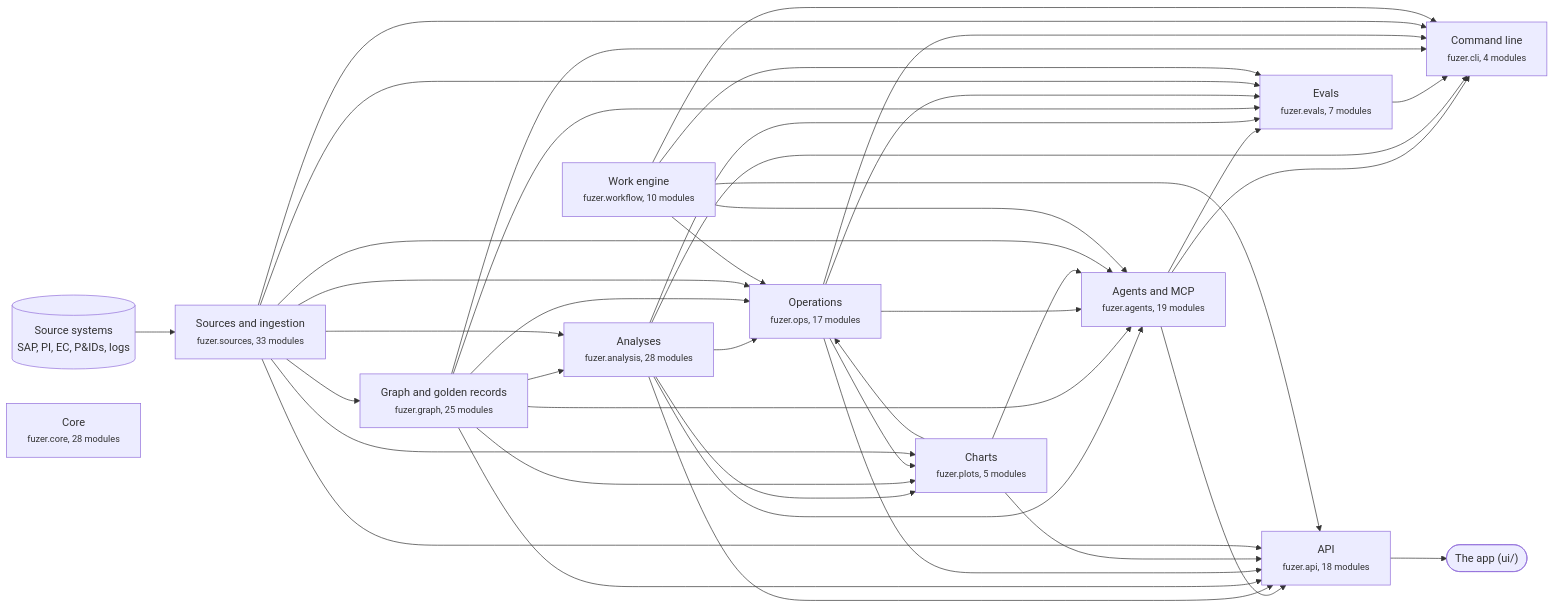
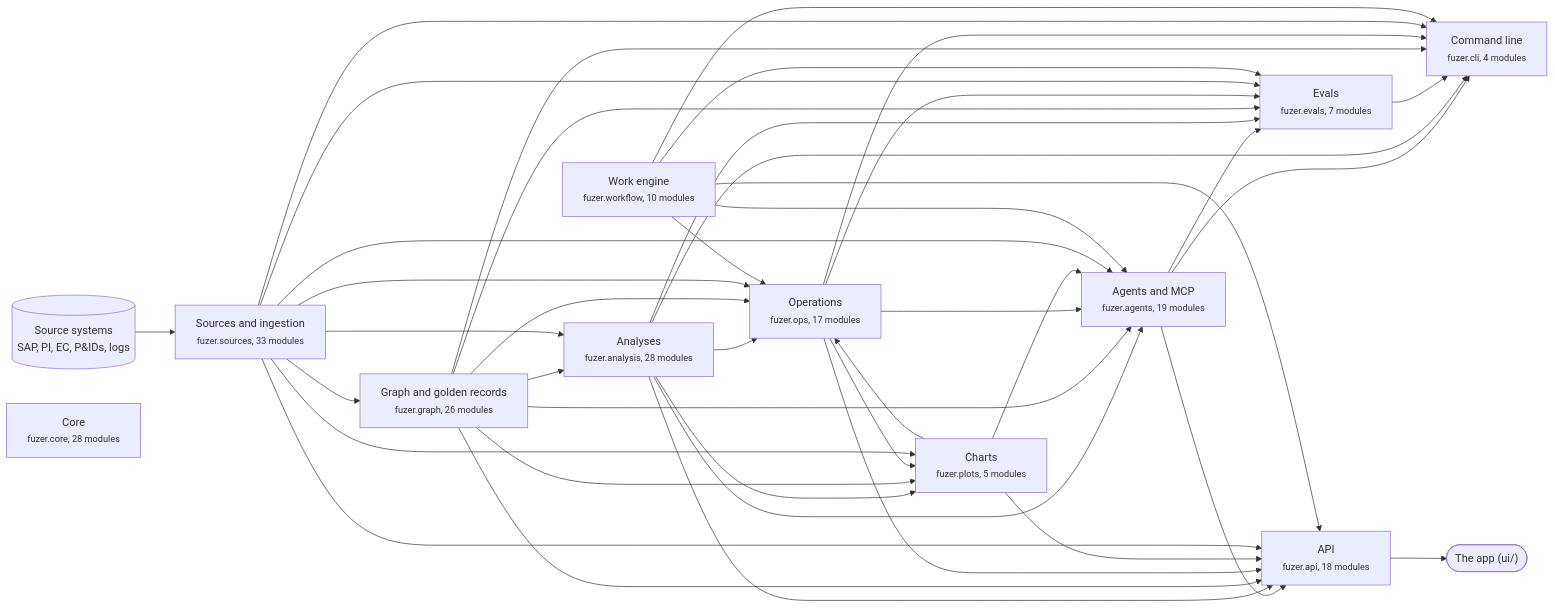
One commit to areed145/fuzer changed the first of 3 diagrams in docs/architecture.md. Above: the diagram before and after it, drawn with Mermaid. The commit also changed other lines of this file and 10 other files, not shown here.

````diff
--- a/docs/architecture.md
+++ b/docs/architecture.md
@@ -8,66 +8,66 @@
 ```mermaid
 flowchart LR
   systems[("Source systems<br>SAP, PI, EC, P&IDs, logs")] --> c_sources
   app(["The app (ui/)"])
   c_api --> app
   c_sources["Sources and ingestion<br><small>fuzer.sources, 33 modules</small>"]
-  c_graph["Graph and golden records<br><small>fuzer.graph, 25 modules</small>"]
+  c_graph["Graph and golden records<br><small>fuzer.graph, 26 modules</small>"]
   c_analysis["Analyses<br><small>fuzer.analysis, 28 modules</small>"]
   c_ops["Operations<br><small>fuzer.ops, 17 modules</small>"]
   c_plots["Charts<br><small>fuzer.plots, 5 modules</small>"]
   c_workflow["Work engine<br><small>fuzer.workflow, 10 modules</small>"]
   c_agents["Agents and MCP<br><small>fuzer.agents, 19 modules</small>"]
   c_evals["Evals<br><small>fuzer.evals, 7 modules</small>"]
   c_api["API<br><small>fuzer.api, 18 modules</small>"]
   c_cli["Command line<br><small>fuzer.cli, 4 modules</small>"]
   c_core["Core<br><small>fuzer.core, 28 modules</small>"]
   c_sources --> c_graph
   c_graph --> c_analysis
   c_sources --> c_analysis
   c_analysis --> c_ops
   c_graph --> c_ops
   c_plots --> c_ops
   c_sources --> c_ops
   c_workflow --> c_ops
   c_analysis --> c_plots
   c_graph --> c_plots
   c_ops --> c_plots
   c_sources --> c_plots
   c_analysis --> c_agents
   c_graph --> c_agents
   c_ops --> c_agents
   c_plots --> c_agents
   c_sources --> c_agents
   c_workflow --> c_agents
   c_agents --> c_evals
   c_analysis --> c_evals
   c_graph --> c_evals
   c_ops --> c_evals
   c_sources --> c_evals
   c_workflow --> c_evals
   c_agents --> c_api
   c_analysis --> c_api
   c_graph --> c_api
   c_ops --> c_api
   c_plots --> c_api
   c_sources --> c_api
   c_workflow --> c_api
   c_agents --> c_cli
   c_analysis --> c_cli
   c_evals --> c_cli
   c_graph --> c_cli
   c_ops --> c_cli
   c_sources --> c_cli
   c_workflow --> c_cli
   click c_sources "https://github.com/areed145/fuzer/tree/main/src/fuzer/sources"
   click c_graph "https://github.com/areed145/fuzer/tree/main/src/fuzer/graph"
   click c_analysis "https://github.com/areed145/fuzer/tree/main/src/fuzer/analysis"
   click c_ops "https://github.com/areed145/fuzer/tree/main/src/fuzer/ops"
   click c_plots "https://github.com/areed145/fuzer/tree/main/src/fuzer/plots"
   click c_workflow "https://github.com/areed145/fuzer/tree/main/src/fuzer/workflow"
   click c_agents "https://github.com/areed145/fuzer/tree/main/src/fuzer/agents"
   click c_evals "https://github.com/areed145/fuzer/tree/main/src/fuzer/evals"
   click c_api "https://github.com/areed145/fuzer/tree/main/src/fuzer/api"
   click c_cli "https://github.com/areed145/fuzer/tree/main/src/fuzer/cli"
   click c_core "https://github.com/areed145/fuzer/tree/main/src/fuzer/core"
 ```
````
